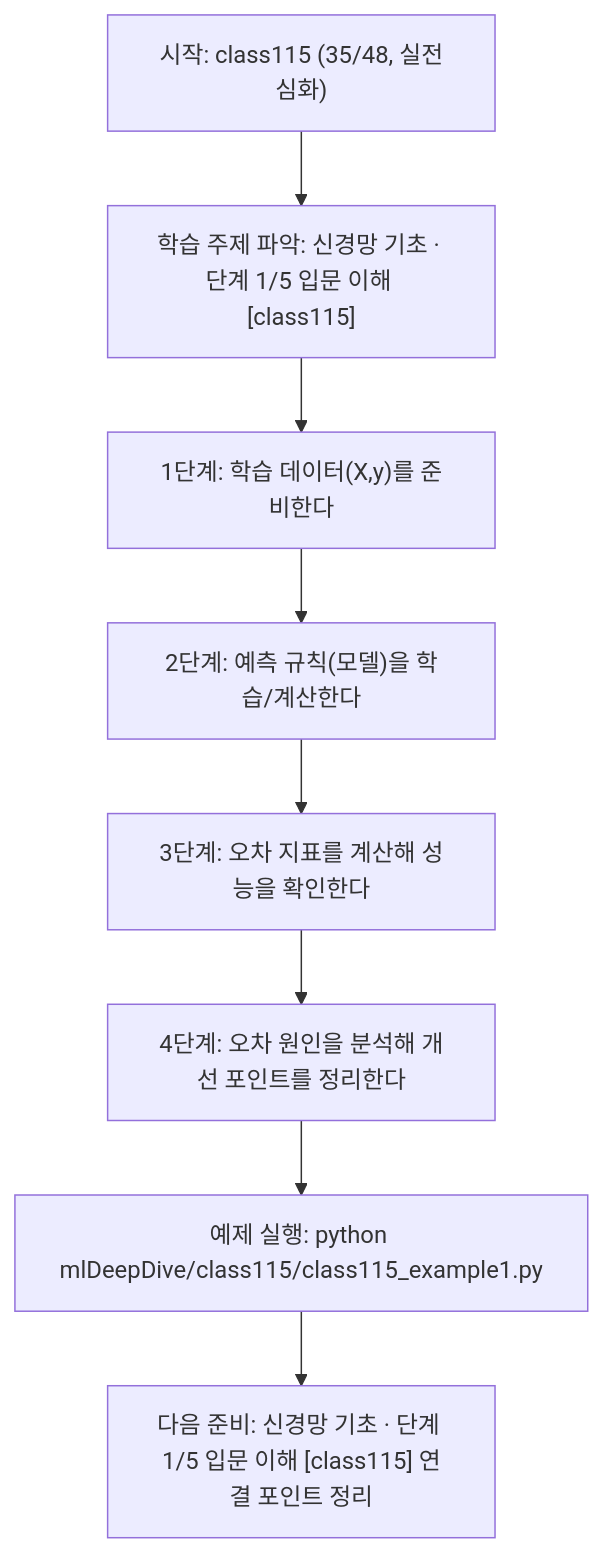
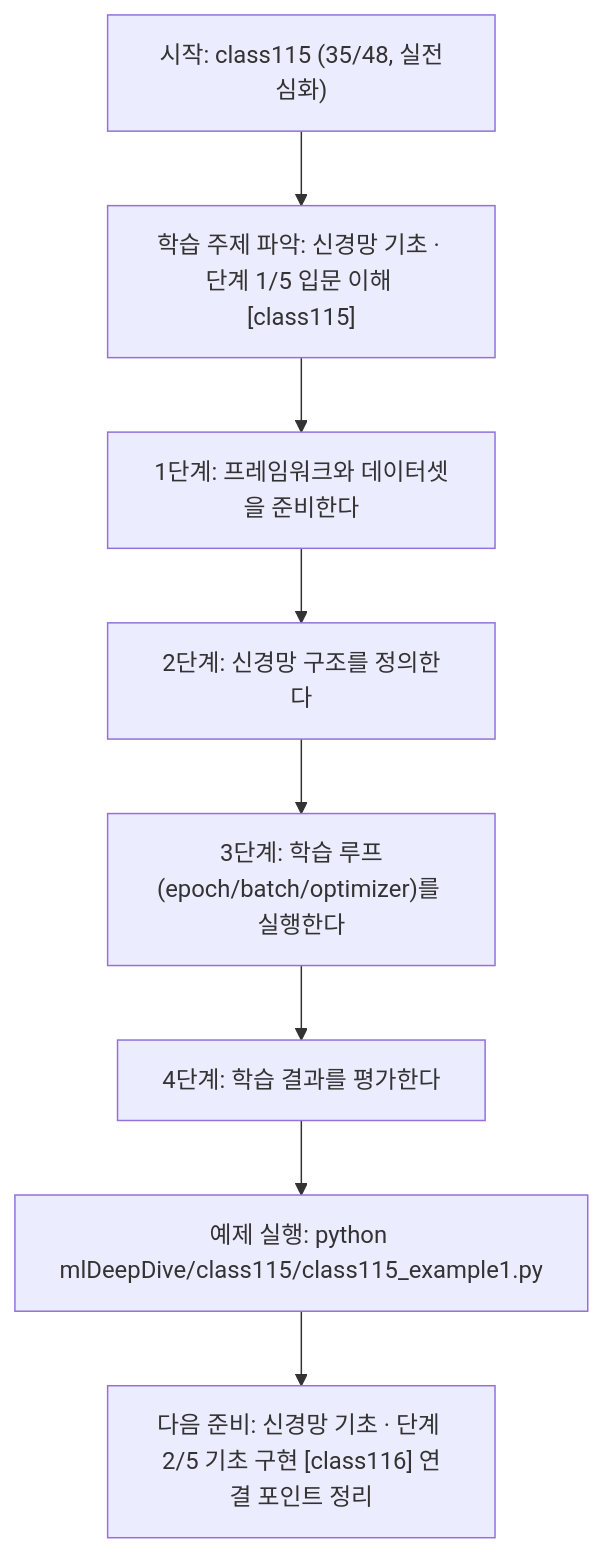
The diagram in mlDeepDive/class115/class115.md (edumgt/Python-AI_Agent-Class), drawn with Mermaid before and after one commit. The commit also changed other lines of this file and 338 other files, not shown here.

````diff
--- a/mlDeepDive/class115/class115.md
+++ b/mlDeepDive/class115/class115.md
@@ -109,18 +91,18 @@
 ```mermaid
 flowchart TD
 N1["시작: class115 (35/48, 실전심화)"]
 N2["학습 주제 파악: 신경망 기초 · 단계 1/5 입문 이해 [class115]"]
-N3["1단계: 학습 데이터(X,y)를 준비한다"]
-N4["2단계: 예측 규칙(모델)을 학습/계산한다"]
-N5["3단계: 오차 지표를 계산해 성능을 확인한다"]
-N6["4단계: 오차 원인을 분석해 개선 포인트를 정리한다"]
+N3["1단계: 프레임워크와 데이터셋을 준비한다"]
+N4["2단계: 신경망 구조를 정의한다"]
+N5["3단계: 학습 루프(epoch/batch/optimizer)를 실행한다"]
+N6["4단계: 학습 결과를 평가한다"]
 N7["예제 실행: python mlDeepDive/class115/class115_example1.py"]
-N8["다음 준비: 신경망 기초 · 단계 1/5 입문 이해 [class115] 연결 포인트 정리"]
+N8["다음 준비: 신경망 기초 · 단계 2/5 기초 구현 [class116] 연결 포인트 정리"]
 N1 --> N2
 N2 --> N3
 N3 --> N4
 N4 --> N5
 N5 --> N6
 N6 --> N7
 N7 --> N8
 ```
````
